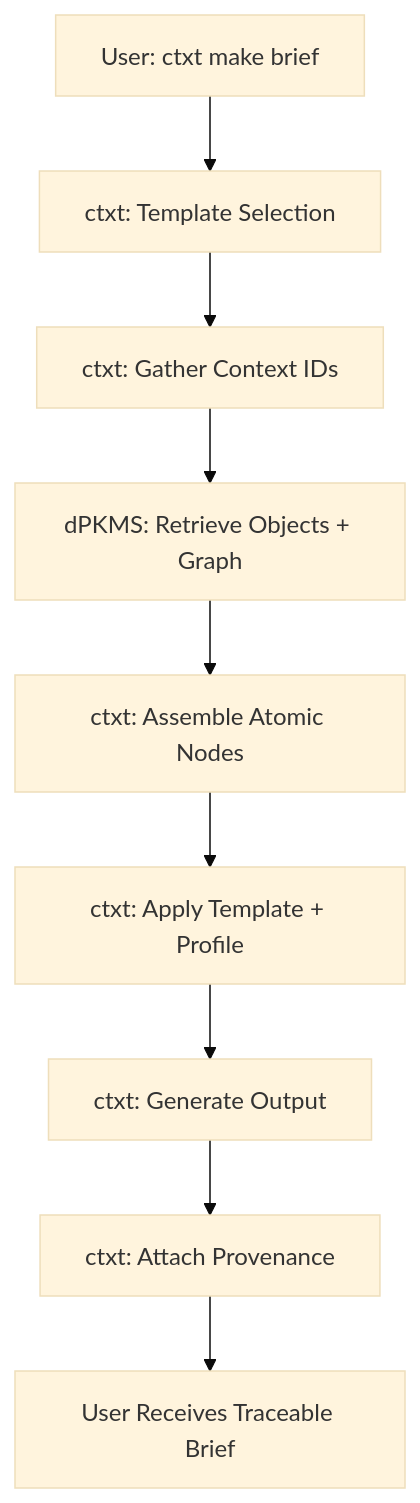
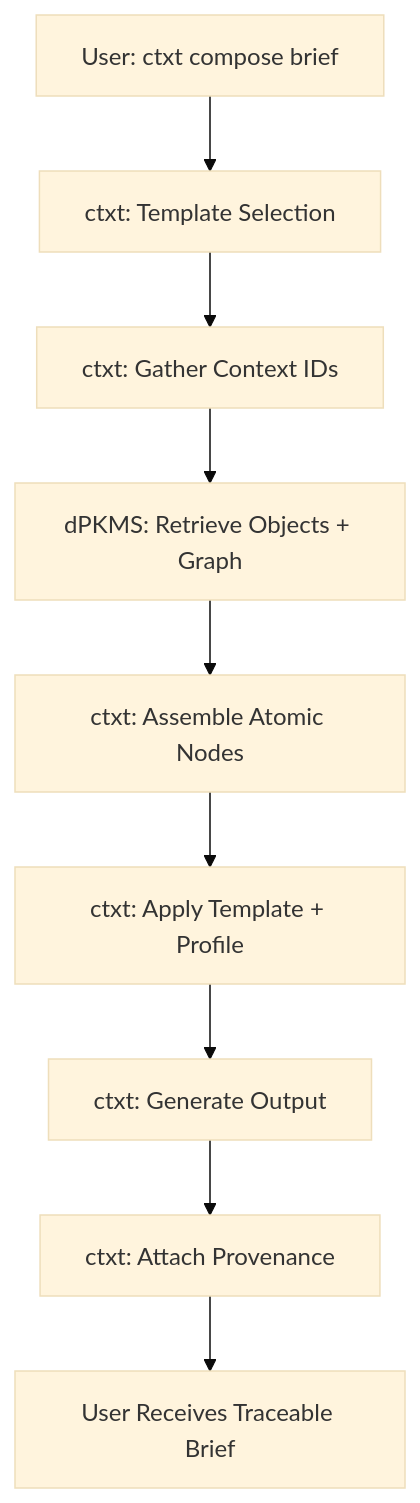
The fifth of 5 diagrams in docs/architecture.md (ContextHelp/ContextHelp), drawn with Mermaid (base theme) before and after one commit. The commit also changed other lines of this file and 46 other files, not shown here.

````diff
--- a/docs/architecture.md
+++ b/docs/architecture.md
@@ -983,11 +983,11 @@
 ```mermaid
 flowchart TD
-    A[User: ctxt make brief] --> B[ctxt: Template Selection]
+    A[User: ctxt compose brief] --> B[ctxt: Template Selection]
     B --> C[ctxt: Gather Context IDs]
     C --> D[dPKMS: Retrieve Objects + Graph]
     D --> E[ctxt: Assemble Atomic Nodes]
     E --> F[ctxt: Apply Template + Profile]
     F --> G[ctxt: Generate Output]
     G --> H[ctxt: Attach Provenance]
     H --> I[User Receives Traceable Brief]
 ```
````
